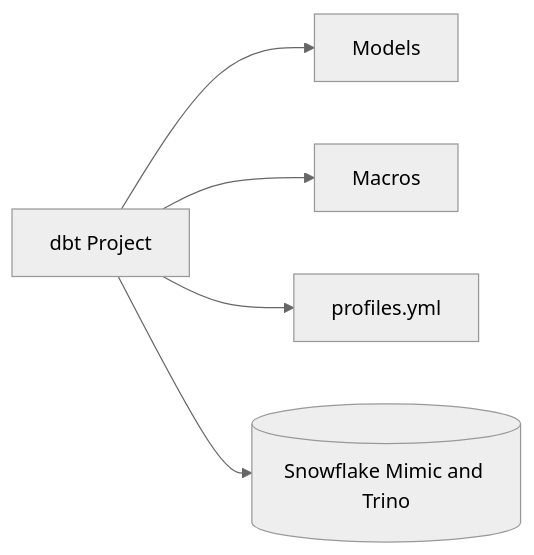
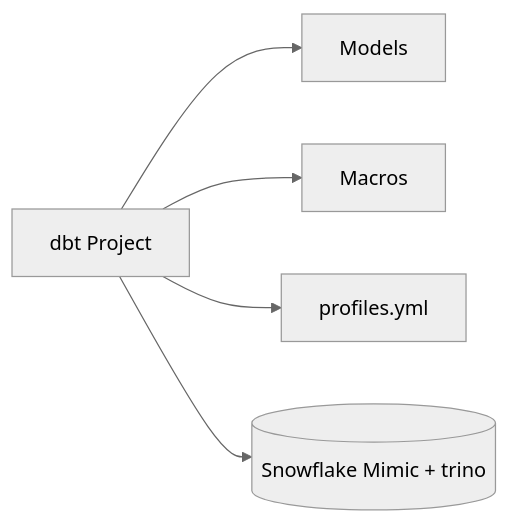
One commit to paulchen8206/Full-Stack-Modern-Data-Architecture-and-Engineering changed the first of 2 diagrams in analytics/readme.md. Above: the diagram before and after it, drawn with Mermaid (neutral theme). The commit also changed 18 other files, not shown here.

````diff
--- a/analytics/readme.md
+++ b/analytics/readme.md
@@ -25,13 +25,13 @@
 ```mermaid
 flowchart LR
 	DBT[dbt Project]
 	MODELS[Models]
 	MACROS[Macros]
 	PROFILES[profiles.yml]
-	WAREHOUSE[(Snowflake Mimic and Trino)]
+	WAREHOUSE[(Snowflake Mimic + trino)]
 
 	DBT --> MODELS
 	DBT --> MACROS
 	DBT --> PROFILES
 	DBT --> WAREHOUSE
 ```
````
